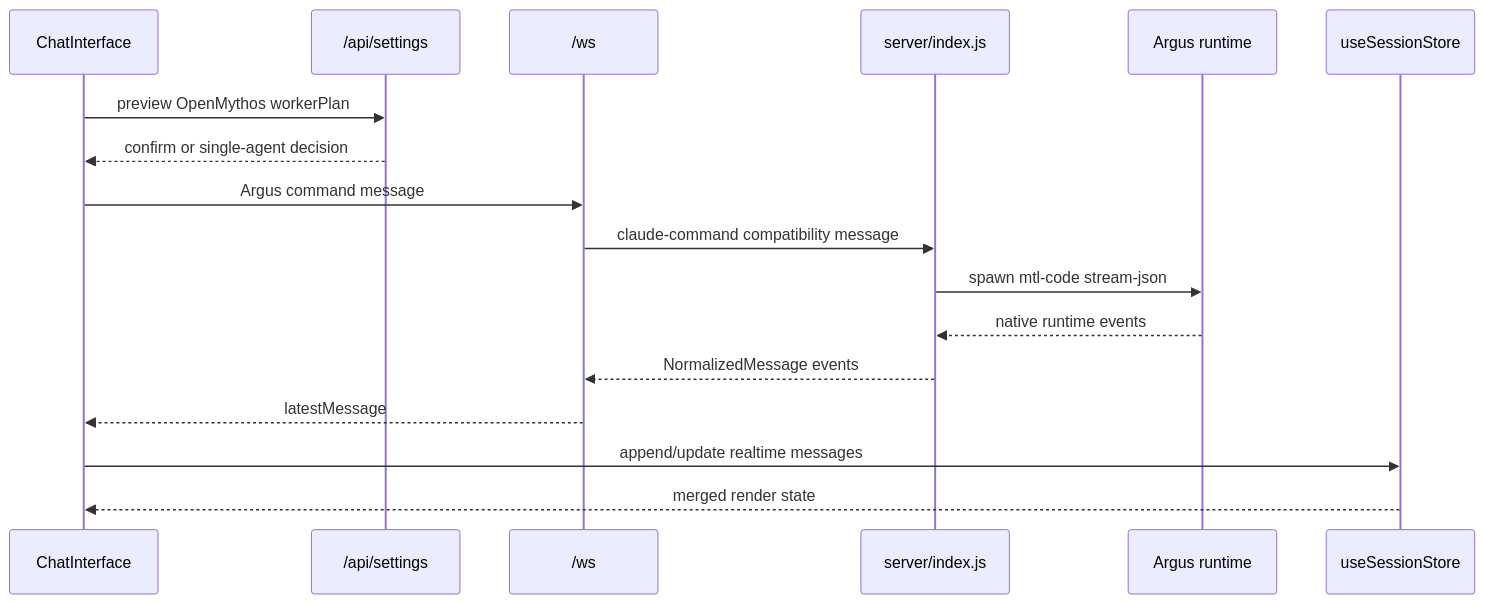
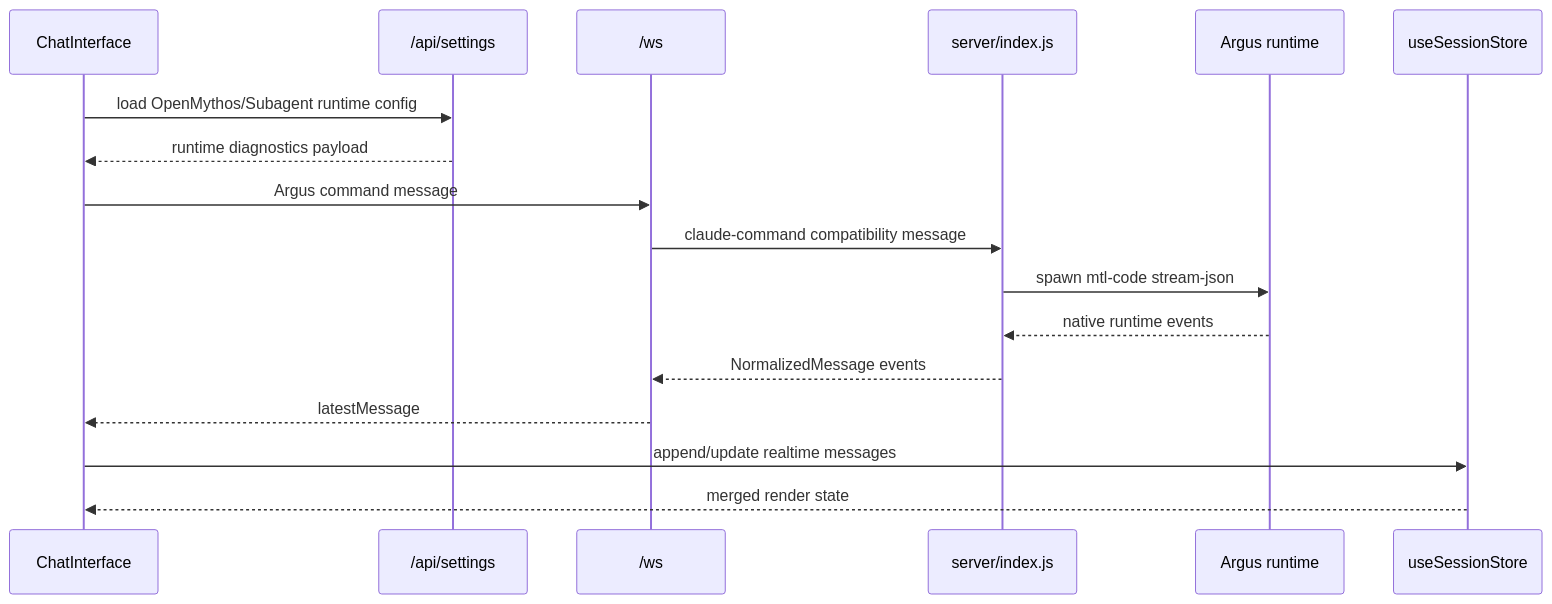
One commit to wyy-debug/AIINWORK changed the second of 5 diagrams in claudecodeui/docs/knowledge/04-runtime-flows.md. Above: the diagram before and after it, drawn with Mermaid. The commit also changed other lines of this file and 81 other files, not shown here.

````diff
--- a/claudecodeui/docs/knowledge/04-runtime-flows.md
+++ b/claudecodeui/docs/knowledge/04-runtime-flows.md
@@ -68,20 +68,20 @@
 ```mermaid
 sequenceDiagram
   participant Chat as ChatInterface
   participant Settings as /api/settings
   participant WS as /ws
   participant Server as server/index.js
   participant Runtime as Argus runtime
   participant Store as useSessionStore
 
-  Chat->>Settings: preview OpenMythos workerPlan
-  Settings-->>Chat: confirm or single-agent decision
+  Chat->>Settings: load OpenMythos/Subagent runtime config
+  Settings-->>Chat: runtime diagnostics payload
   Chat->>WS: Argus command message
   WS->>Server: claude-command compatibility message
   Server->>Runtime: spawn mtl-code stream-json
   Runtime-->>Server: native runtime events
   Server-->>WS: NormalizedMessage events
   WS-->>Chat: latestMessage
   Chat->>Store: append/update realtime messages
   Store-->>Chat: merged render state
 ```
````
